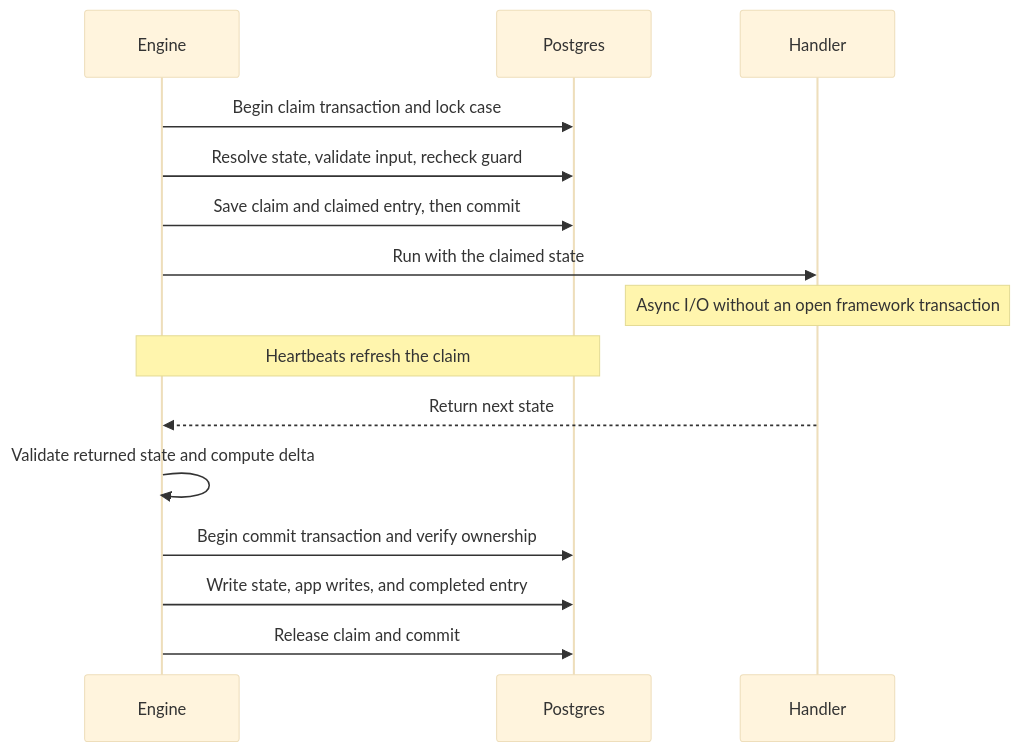
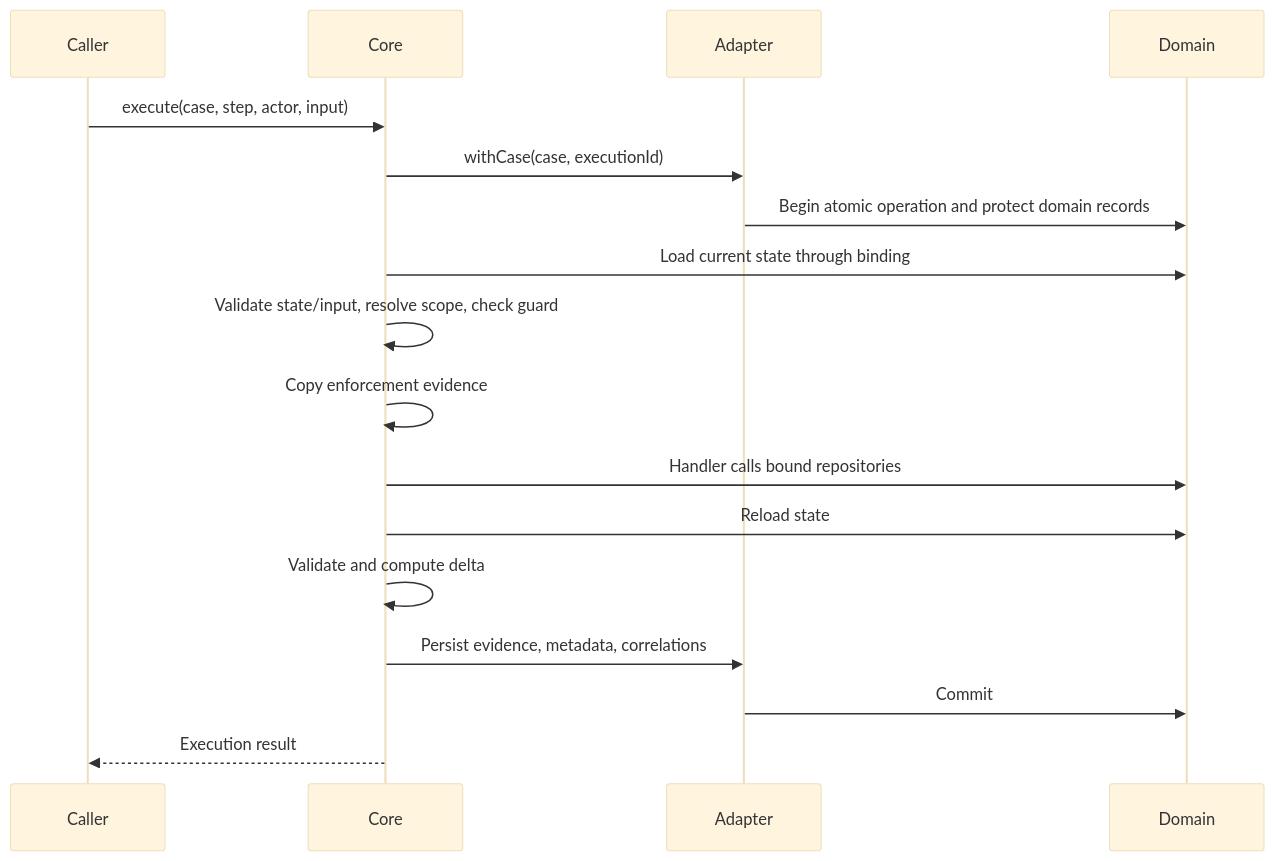
One commit to mochicodecom/affordance changed the second of 2 diagrams in docs/architecture.md. Above: the diagram before and after it, drawn with Mermaid (base theme). The commit also changed other lines of this file and 102 other files, not shown here.

First line of the commit message:
Replace JSONB case state with atomic domain operations (#10)

````diff
--- a/docs/architecture.md
+++ b/docs/architecture.md
@@ -105,17 +50,19 @@
 ```mermaid
 sequenceDiagram
-  participant Engine
-  participant DB as Postgres
-  participant Handler
-  Engine->>DB: Begin claim transaction and lock case
-  Engine->>DB: Resolve state, validate input, recheck guard
-  Engine->>DB: Save claim and claimed entry, then commit
-  Engine->>Handler: Run with the claimed state
-  Note over Handler: Async I/O without an open framework transaction
-  Note over Engine,DB: Heartbeats refresh the claim
-  Handler-->>Engine: Return next state
-  Engine->>Engine: Validate returned state and compute delta
-  Engine->>DB: Begin commit transaction and verify ownership
-  Engine->>DB: Write state, app writes, and completed entry
-  Engine->>DB: Release claim and commit
+  participant Caller
+  participant Core
+  participant Adapter
+  participant Domain
+  Caller->>Core: execute(case, step, actor, input)
+  Core->>Adapter: withCase(case, executionId)
+  Adapter->>Domain: Begin atomic operation and protect domain records
+  Core->>Domain: Load current state through binding
+  Core->>Core: Validate state/input, resolve scope, check guard
+  Core->>Core: Copy enforcement evidence
+  Core->>Domain: Handler calls bound repositories
+  Core->>Domain: Reload state
+  Core->>Core: Validate and compute delta
+  Core->>Adapter: Persist evidence, metadata, correlations
+  Adapter->>Domain: Commit
+  Core-->>Caller: Execution result
 ```
````
